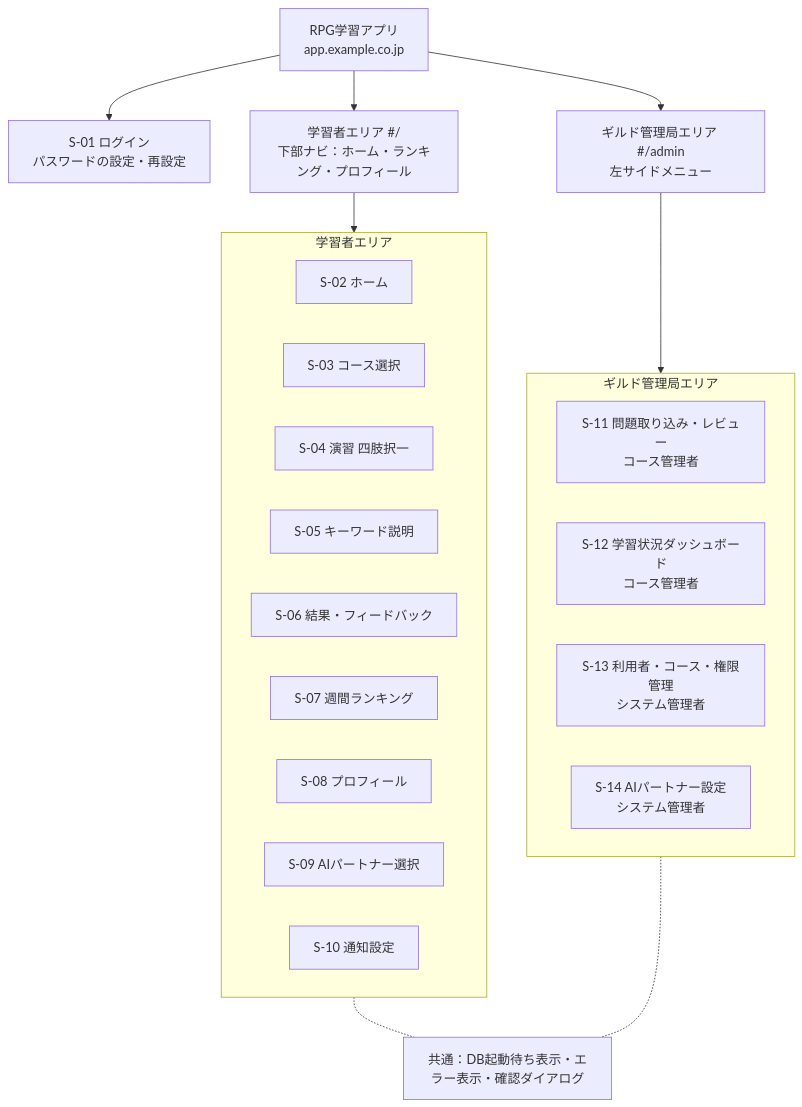
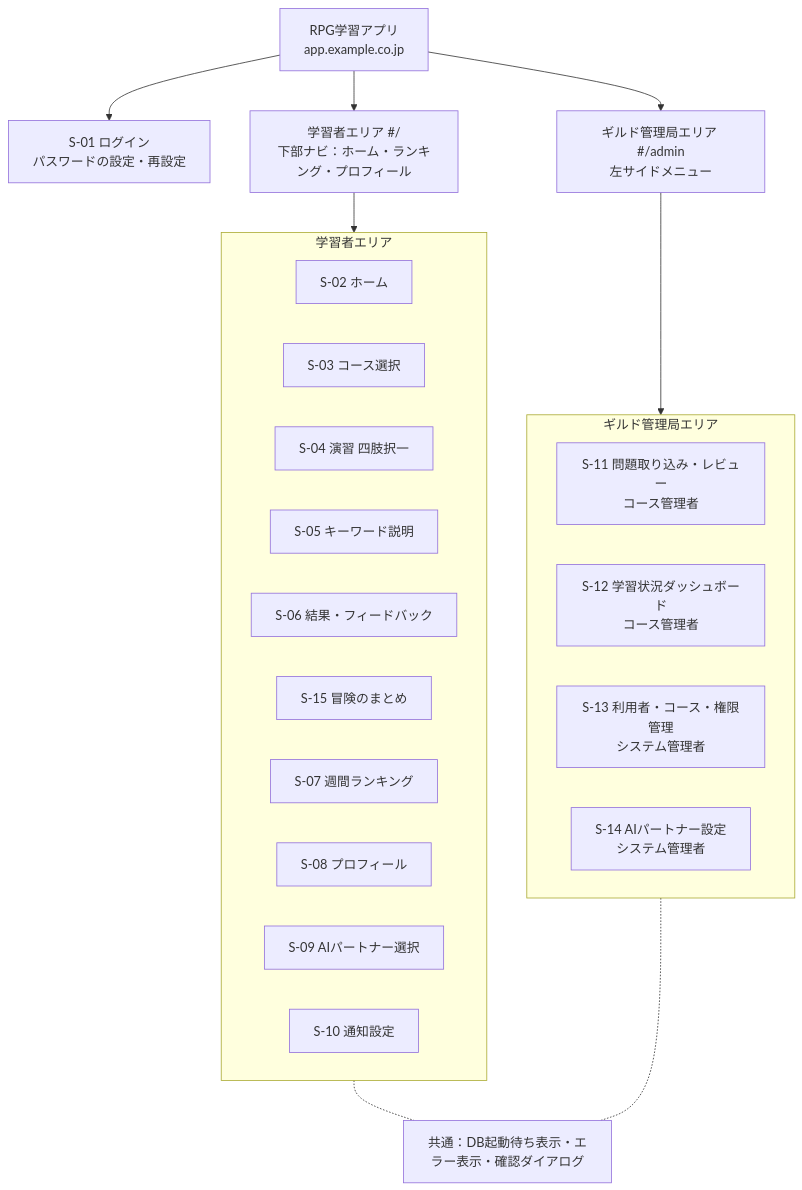
One commit to pocarialice/rpglearning changed the fourth of 13 diagrams in documents/外部設計書_RPG学習アプリ.md. Above: the diagram before and after it, drawn with Mermaid. The commit also changed other lines of this file and 27 other files, not shown here.

````diff
--- a/documents/外部設計書_RPG学習アプリ.md
+++ b/documents/外部設計書_RPG学習アプリ.md
@@ -289,29 +290,30 @@
 ```mermaid
 flowchart TB
   ROOT["RPG学習アプリ<br>app.example.co.jp"]
   ROOT --> AUTH["S-01 ログイン<br>パスワードの設定・再設定"]
   ROOT --> L["学習者エリア #/<br>下部ナビ：ホーム・ランキング・プロフィール"]
   ROOT --> A["ギルド管理局エリア #/admin<br>左サイドメニュー"]
   subgraph LEARN["学習者エリア"]
     S02["S-02 ホーム"]
     S03["S-03 コース選択"]
     S04["S-04 演習 四肢択一"]
     S05["S-05 キーワード説明"]
     S06["S-06 結果・フィードバック"]
+    S15["S-15 冒険のまとめ"]
     S07["S-07 週間ランキング"]
     S08["S-08 プロフィール"]
     S09["S-09 AIパートナー選択"]
     S10["S-10 通知設定"]
   end
   subgraph ADMIN["ギルド管理局エリア"]
     S11["S-11 問題取り込み・レビュー<br>コース管理者"]
     S12["S-12 学習状況ダッシュボード<br>コース管理者"]
     S13["S-13 利用者・コース・権限管理<br>システム管理者"]
     S14["S-14 AIパートナー設定<br>システム管理者"]
   end
   L --> LEARN
   A --> ADMIN
   COMMON["共通：DB起動待ち表示・エラー表示・確認ダイアログ"]
   LEARN -.- COMMON
   ADMIN -.- COMMON
 ```
````
